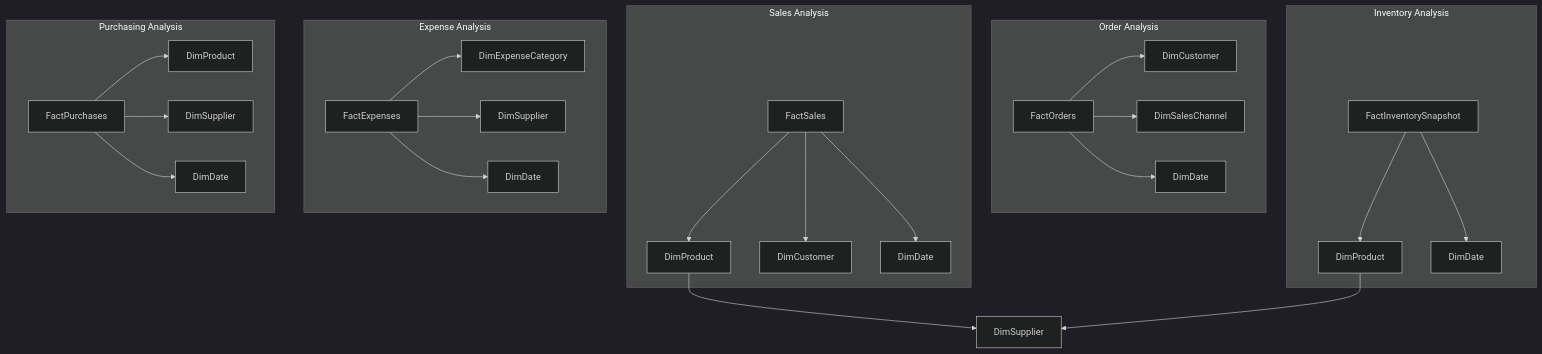
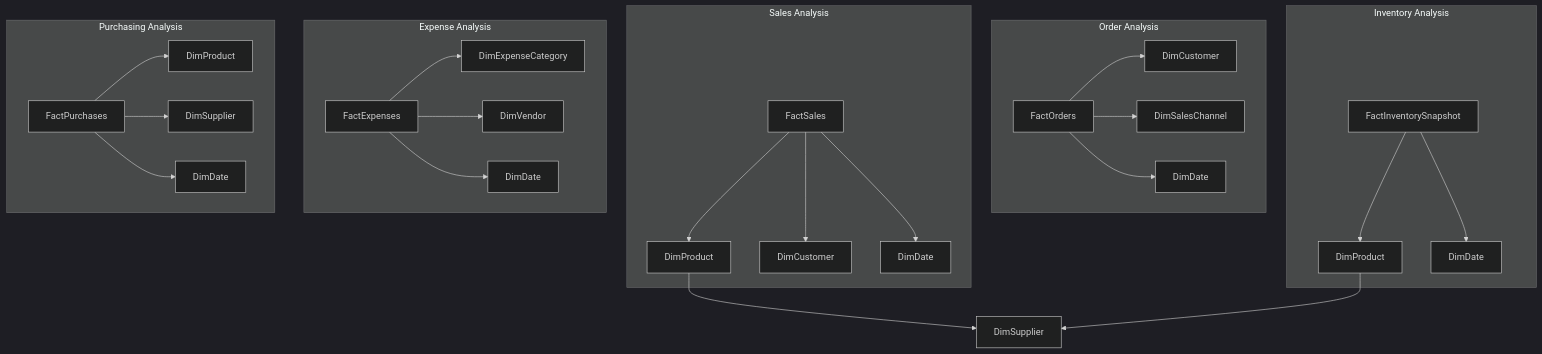
One commit to alyrib/potchi-potchi-business-intelligence changed the first of 2 diagrams in docs/business/04-dimensional-data-model.md. Above: the diagram before and after it, drawn with Mermaid (dark theme). The commit also changed other lines of this file and 6 other files, not shown here.

````diff
--- a/docs/business/04-dimensional-data-model.md
+++ b/docs/business/04-dimensional-data-model.md
@@ -65,40 +65,40 @@
 ```mermaid
 flowchart TB
 
     subgraph Sales["Sales Analysis"]
         FS[FactSales]
         FS --> DP1[DimProduct]
         FS --> DC1[DimCustomer]
         FS --> DD1[DimDate]
     end
 
     subgraph Orders["Order Analysis"]
         FO[FactOrders]
         FO --> DC2[DimCustomer]
         FO --> DSC[DimSalesChannel]
         FO --> DD2[DimDate]
     end
 
     subgraph Inventory["Inventory Analysis"]
         FI[FactInventorySnapshot]
         FI --> DP2[DimProduct]
         FI --> DD3[DimDate]
     end
 
     subgraph Expenses["Expense Analysis"]
         FE[FactExpenses]
         FE --> DEC[DimExpenseCategory]
-        FE --> DS1[DimSupplier]
+        FE --> DV[DimVendor]
         FE --> DD4[DimDate]
     end
 
     subgraph Purchasing["Purchasing Analysis"]
         FP[FactPurchases]
         FP --> DP3[DimProduct]
         FP --> DS3[DimSupplier]
         FP --> DD5[DimDate]
     end
 
     DP1 --> DS2[DimSupplier]
     DP2 --> DS2
 ```
````
